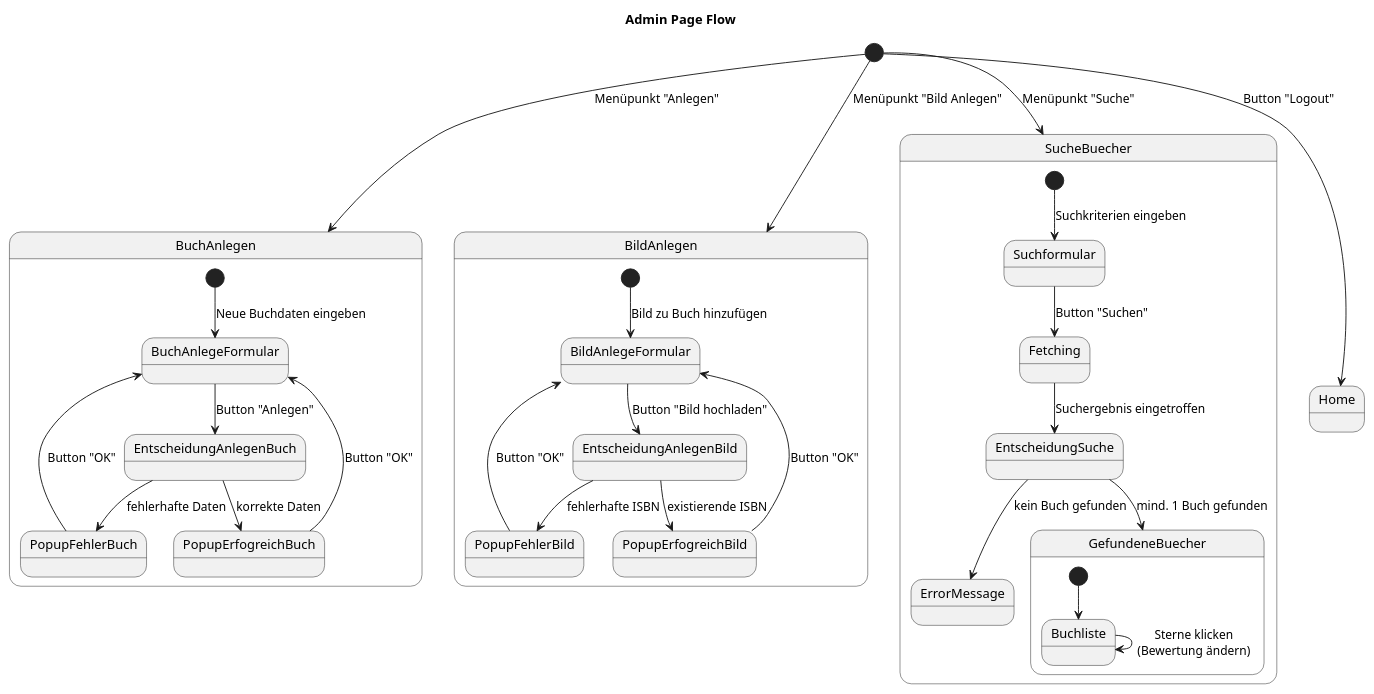
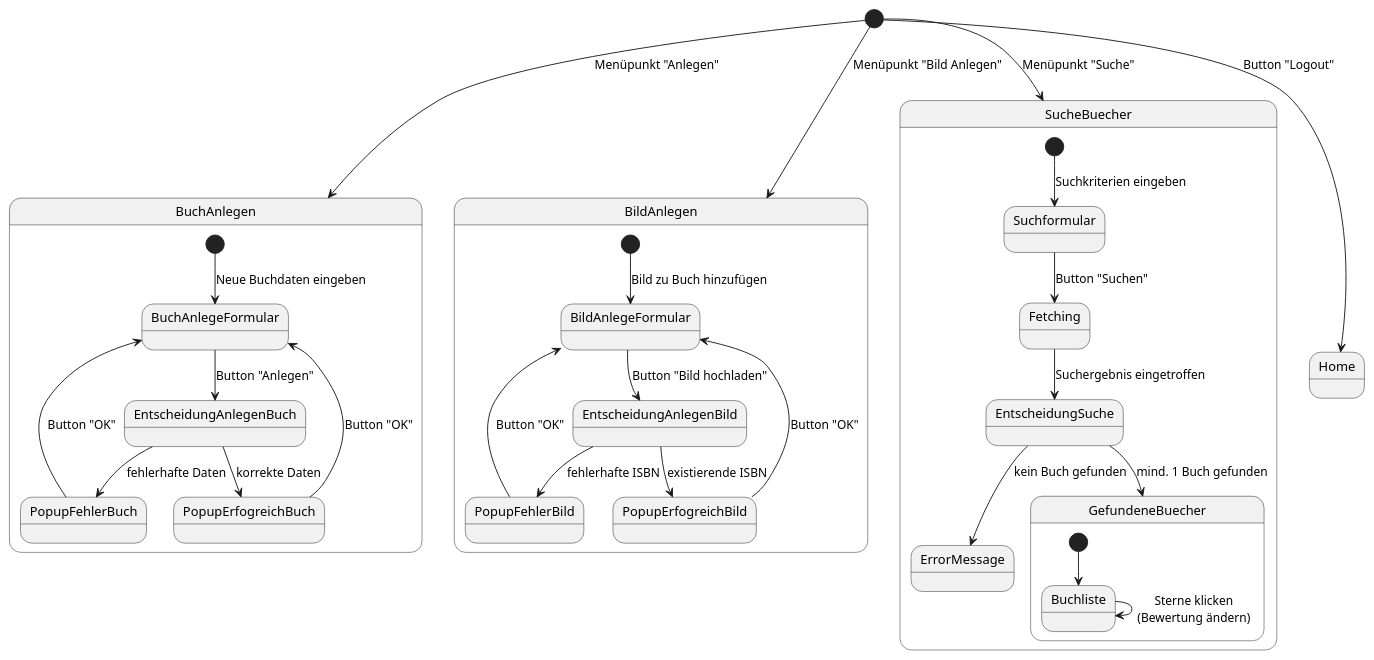
The diagram in extras/doc/projekthandbuch/zustandsdiagrammAdmin.plantuml (feydernoah/swe-react-frontend), drawn with PlantUML before and after one commit. The commit also changed 6 other files, not shown here.

Commit message:
Anpassung Formatierung UMLDiagramme

```diff
--- a/extras/doc/projekthandbuch/zustandsdiagrammAdmin.plantuml
+++ b/extras/doc/projekthandbuch/zustandsdiagrammAdmin.plantuml
@@ -3,46 +3,44 @@
 @startuml Admin Page Flow
-
-title Admin Page Flow
 
 [*] --> BuchAnlegen : Menüpunkt "Anlegen"
 [*] --> BildAnlegen : Menüpunkt "Bild Anlegen"
 [*] --> SucheBuecher : Menüpunkt "Suche"
 [*] --> Home : Button "Logout"
 
 ' --- Bücher Suche ---
 state SucheBuecher {
   [*] --> Suchformular : Suchkriterien eingeben
   Suchformular --> Fetching : Button "Suchen"
   Fetching --> EntscheidungSuche : Suchergebnis eingetroffen
 
   EntscheidungSuche --> ErrorMessage : kein Buch gefunden
   EntscheidungSuche --> GefundeneBuecher : mind. 1 Buch gefunden
 }
 
 ' --- Buch bewerten ---
 state GefundeneBuecher {
   [*] --> Buchliste
   Buchliste --> Buchliste : Sterne klicken\n(Bewertung ändern)
 }
 
 ' --- Neues Buch hinzufügen ---
 state BuchAnlegen {
   [*] --> BuchAnlegeFormular :  Neue Buchdaten eingeben
 BuchAnlegeFormular --> EntscheidungAnlegenBuch : Button "Anlegen"
 EntscheidungAnlegenBuch --> PopupFehlerBuch : fehlerhafte Daten
 EntscheidungAnlegenBuch --> PopupErfogreichBuch : korrekte Daten
 PopupFehlerBuch --> BuchAnlegeFormular : Button "OK"
 PopupErfogreichBuch --> BuchAnlegeFormular : Button "OK"
 }
 
 ' --- Bild Anlegen ---
 state BildAnlegen {
   [*] --> BildAnlegeFormular : Bild zu Buch hinzufügen
   BildAnlegeFormular --> EntscheidungAnlegenBild : Button "Bild hochladen"
 EntscheidungAnlegenBild --> PopupFehlerBild : fehlerhafte ISBN
 EntscheidungAnlegenBild --> PopupErfogreichBild : existierende ISBN
 PopupFehlerBild --> BildAnlegeFormular : Button "OK"
 PopupErfogreichBild --> BildAnlegeFormular : Button "OK"
 }
 
 @enduml
```
